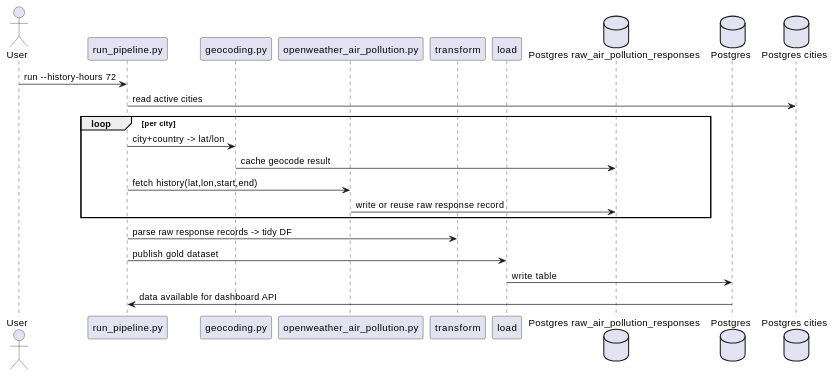
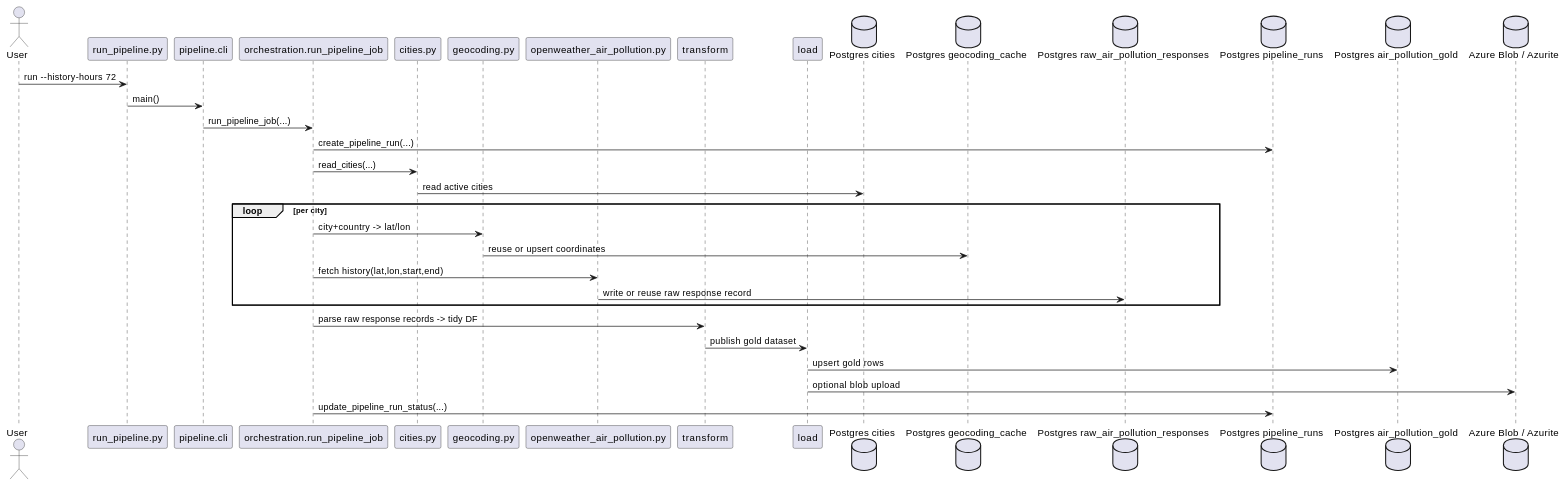
One commit to Code-the-Dream-School/practicum-city-air-tracker changed the second of 2 diagrams in docs/architecture/architecture.md. Above: the diagram before and after it, drawn with PlantUML. The commit also changed other lines of this file and 14 other files, not shown here.

Commit message:
AIR-108 Update runtime architecture docs

````diff
--- a/docs/architecture/architecture.md
+++ b/docs/architecture/architecture.md
@@ -38,26 +49,37 @@
 ```plantuml
 @startuml
 actor User
 participant "run_pipeline.py" as CLI
+participant "pipeline.cli" as PCLI
+participant "orchestration.run_pipeline_job" as ORCH
+participant "cities.py" as CITIESMOD
 participant "geocoding.py" as GEO
 participant "openweather_air_pollution.py" as EX
 participant "transform" as TR
 participant "load" as LD
+database "Postgres cities" as CITIES
+database "Postgres geocoding_cache" as GEOCACHE
 database "Postgres raw_air_pollution_responses" as RAW
-database "Postgres" as PG
-database "Postgres cities" as CITIES
+database "Postgres pipeline_runs" as RUNS
+database "Postgres air_pollution_gold" as GOLD
+database "Azure Blob / Azurite" as BLOB
 
 User -> CLI: run --history-hours 72
-CLI -> CITIES: read active cities
+CLI -> PCLI: main()
+PCLI -> ORCH: run_pipeline_job(...)
+ORCH -> RUNS: create_pipeline_run(...)
+ORCH -> CITIESMOD: read_cities(...)
+CITIESMOD -> CITIES: read active cities
 loop per city
-  CLI -> GEO: city+country -> lat/lon
-  GEO -> RAW: cache geocode result
-  CLI -> EX: fetch history(lat,lon,start,end)
+  ORCH -> GEO: city+country -> lat/lon
+  GEO -> GEOCACHE: reuse or upsert coordinates
+  ORCH -> EX: fetch history(lat,lon,start,end)
   EX -> RAW: write or reuse raw response record
 end
-CLI -> TR: parse raw response records -> tidy DF
-CLI -> LD: publish gold dataset
-LD -> PG: write table
-PG -> CLI: data available for dashboard API
+ORCH -> TR: parse raw response records -> tidy DF
+TR -> LD: publish gold dataset
+LD -> GOLD: upsert gold rows
+LD -> BLOB: optional blob upload
+ORCH -> RUNS: update_pipeline_run_status(...)
 @enduml
 ```
````
